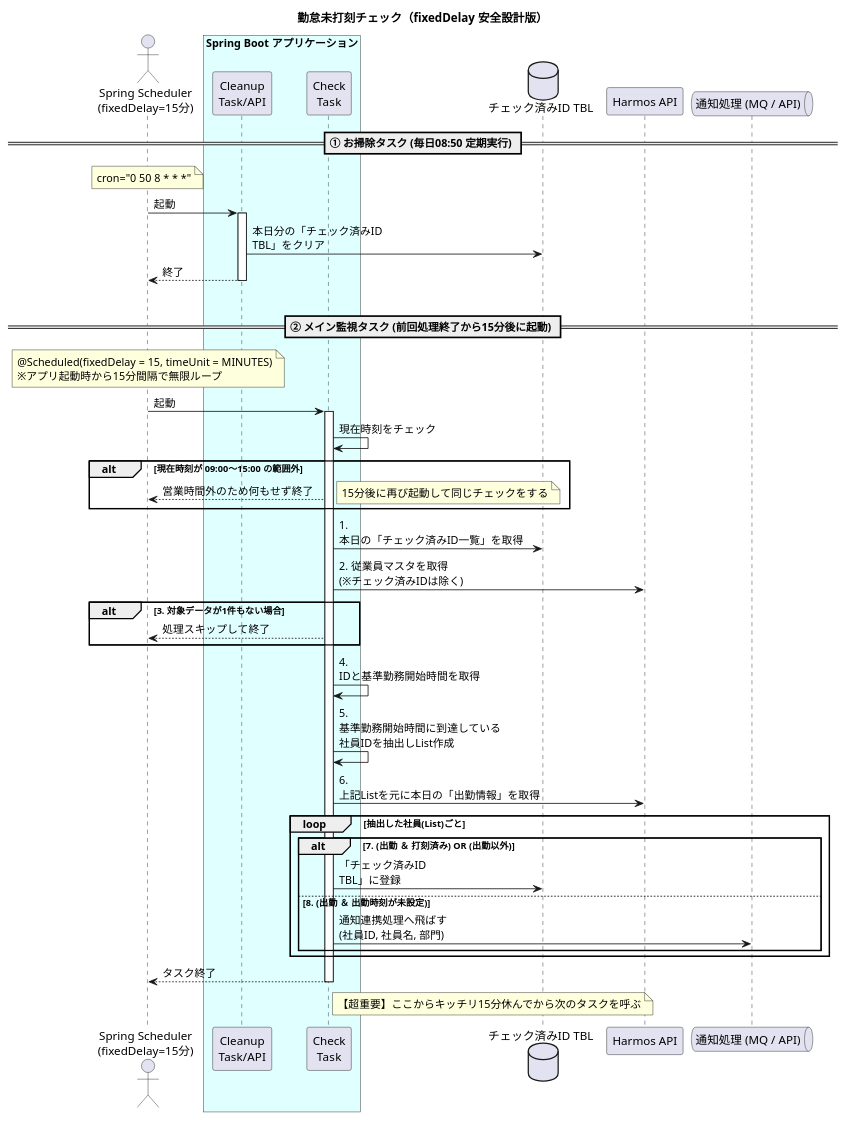
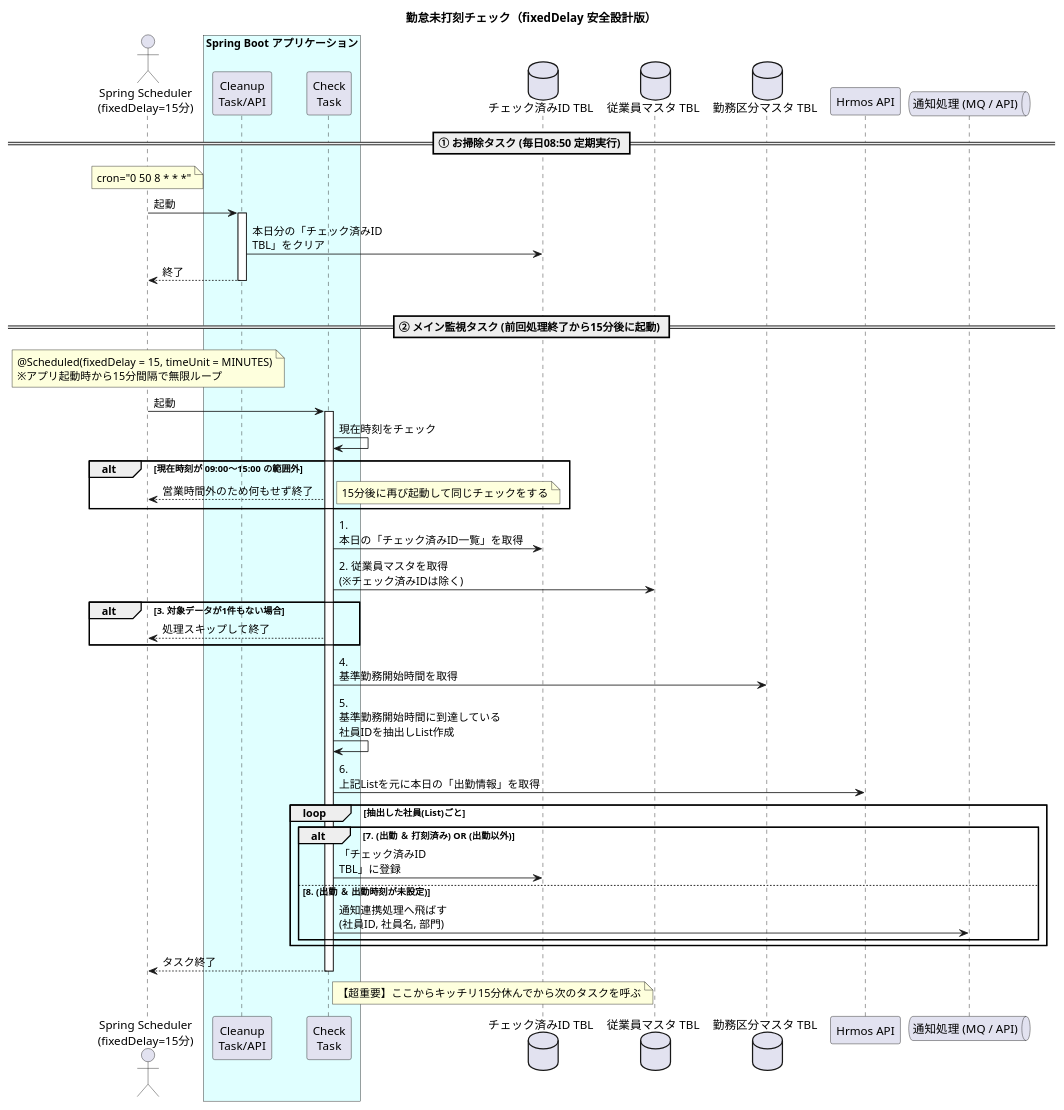
One commit to yuki-suzu/attendance-management changed the diagram in sequenceDesign/harmos_check.pu. Above: the diagram before and after it, drawn with PlantUML. The commit also changed 41 other files, not shown here.

```diff
--- a/sequenceDesign/harmos_check.pu
+++ b/sequenceDesign/harmos_check.pu
@@ -1,63 +1,65 @@
 @startuml
 title 勤怠未打刻チェック（fixedDelay 安全設計版）
 
 skinparam maxMessageSize 150
 
 actor "Spring Scheduler\n(fixedDelay=15分)" as Cron
 
 box "Spring Boot アプリケーション" #LightCyan
     participant "Cleanup\nTask/API" as Cleanup
     participant "Check\nTask" as Task
 end box
-database "チェック済みID TBL" as DB
-participant "Harmos API" as Harmos
+database "チェック済みID TBL" as DB_checked
+database "従業員マスタ TBL" as DB_user
+database "勤務区分マスタ TBL" as DB_seg
+participant "Hrmos API" as Hrmos
 queue "通知処理 (MQ / API)" as MQ
 
 == ① お掃除タスク (毎日08:50 定期実行) ==
 note over Cron: cron="0 50 8 * * *"
 Cron -> Cleanup : 起動
 activate Cleanup
-Cleanup -> DB : 本日分の「チェック済みID TBL」をクリア
+Cleanup -> DB_checked : 本日分の「チェック済みID TBL」をクリア
 Cron <-- Cleanup : 終了
 deactivate Cleanup
 
 |||
 
 == ② メイン監視タスク (前回処理終了から15分後に起動) ==
 note over Cron: @Scheduled(fixedDelay = 15, timeUnit = MINUTES)\n※アプリ起動時から15分間隔で無限ループ
 Cron -> Task : 起動
 activate Task
 
 ' === 時間帯の安全ガード ===
 Task -> Task : 現在時刻をチェック
 alt 現在時刻が 09:00〜15:00 の範囲外
     Cron <-- Task : 営業時間外のため何もせず終了
     note right: 15分後に再び起動して同じチェックをする
 end
 
 ' === メインロジック（営業時間内のみ実行） ===
-Task -> DB : 1. 本日の「チェック済みID一覧」を取得
-Task -> Harmos : 2. 従業員マスタを取得\n(※チェック済みIDは除く)
+Task -> DB_checked : 1. 本日の「チェック済みID一覧」を取得
+Task -> DB_user : 2. 従業員マスタを取得\n(※チェック済みIDは除く)
 
 alt 3. 対象データが1件もない場合
     Cron <-- Task : 処理スキップして終了
 end
 
-Task -> Task : 4. IDと基準勤務開始時間を取得
+Task -> DB_seg : 4. 基準勤務開始時間を取得
 Task -> Task : 5. 基準勤務開始時間に到達している\n社員IDを抽出しList作成
 
-Task -> Harmos : 6. 上記Listを元に本日の「出勤情報」を取得
+Task -> Hrmos : 6. 上記Listを元に本日の「出勤情報」を取得
 
 loop 抽出した社員(List)ごと
     alt 7. (出勤 ＆ 打刻済み) OR (出勤以外)
-        Task -> DB : 「チェック済みID TBL」に登録
+        Task -> DB_checked : 「チェック済みID TBL」に登録
     else 8. (出勤 ＆ 出勤時刻が未設定)
         Task -> MQ : 通知連携処理へ飛ばす\n(社員ID, 社員名, 部門)
     end
 end
 
 Cron <-- Task : タスク終了
 deactivate Task
 note right of Task : 【超重要】ここからキッチリ15分休んでから次のタスクを呼ぶ
 
 @enduml
```
